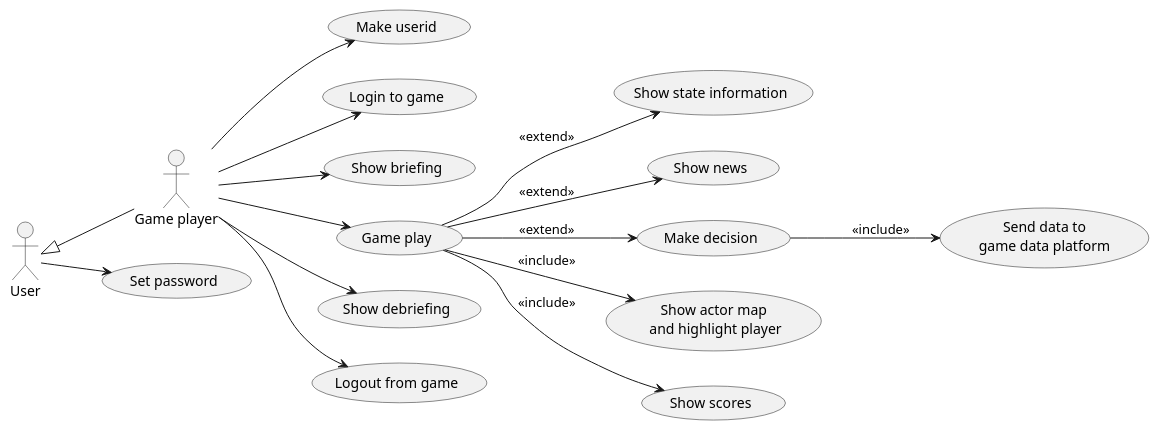
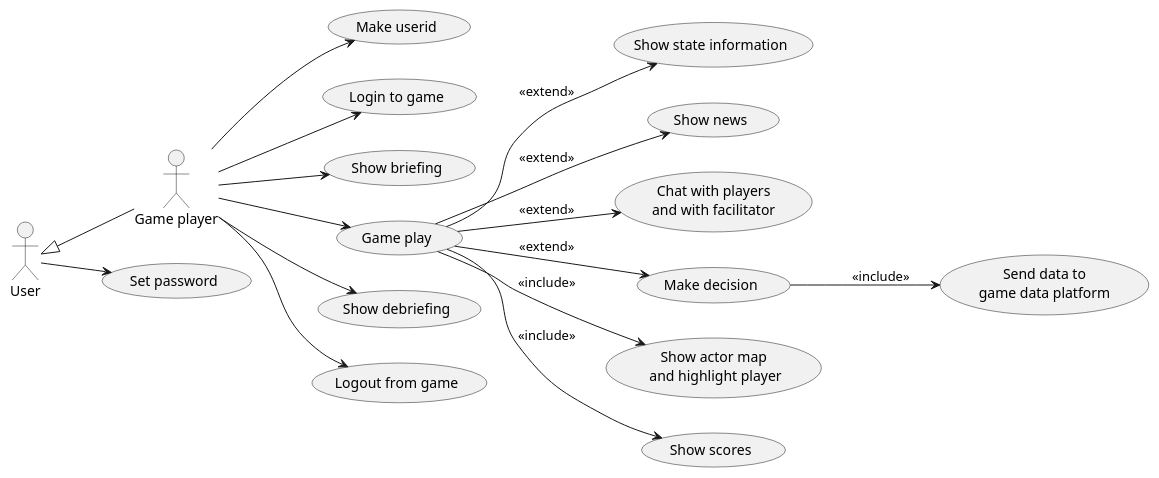
Before and after one commit to averbraeck/gscg-design: the diagram in doc/1-use-cases/diagrams/game-play.puml, drawn with PlantUML. The commit also changed 3 other files, not shown here.

Commit message:
Issue #7. Add chat function for facilitator and for the players

```diff
--- a/doc/1-use-cases/diagrams/game-play.puml
+++ b/doc/1-use-cases/diagrams/game-play.puml
@@ -1,27 +1,28 @@
 @startuml
 left to right direction
 
 "Game player" as GP
 User <|-- GP
 
 User --> (Set password)
 
 GP --> (Make userid)
 GP --> (Login to game)
 
 GP --> (Show briefing)
 
 GP --> (Game play)
 (Game play) --> (Show state information) : << extend >>
 (Game play) --> (Show news) : << extend >>
+(Game play) --> (Chat with players\nand with facilitator) : << extend >>
 (Game play) --> (Make decision) : << extend >>
 (Game play) --> (Show actor map\n and highlight player) : << include >>
 (Game play) --> (Show scores) : << include >>
 
 (Make decision) --> (Send data to\ngame data platform) : << include >>
 
 GP --> (Show debriefing)
 
 GP --> (Logout from game)
 
 @enduml
```
